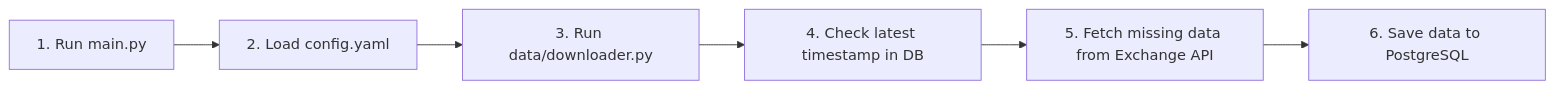
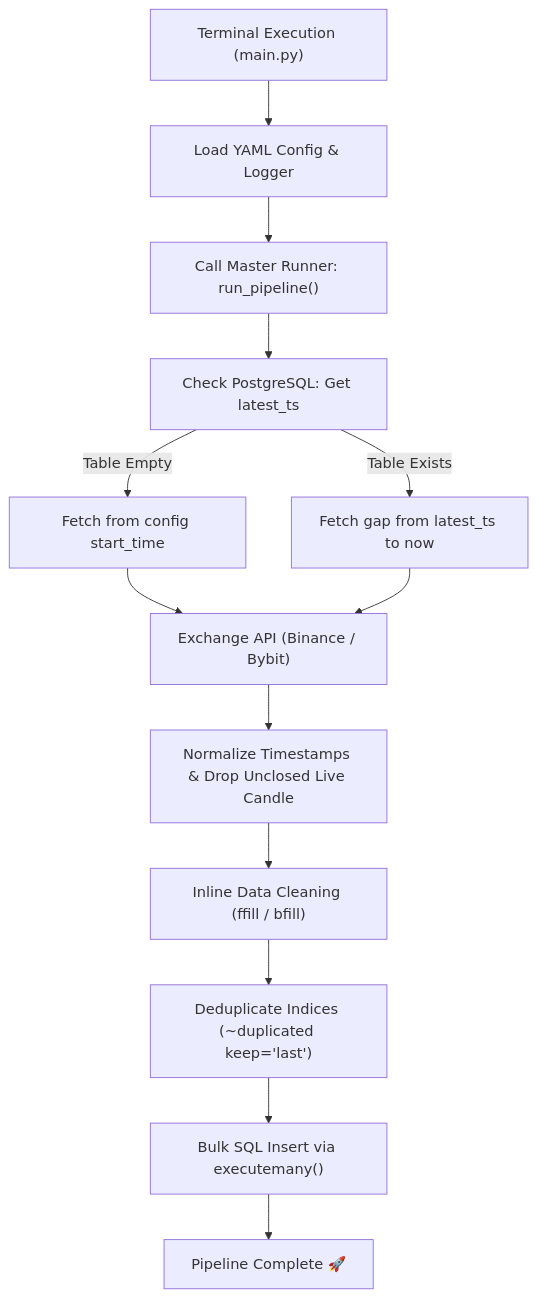
Before and after one commit to 21Afnan/cryptosight: the diagram in README.md, drawn with Mermaid. The commit also changed other lines of this file and 9 other files, not shown here.

````diff
--- a/README.md
+++ b/README.md
@@ -40,8 +53,18 @@
 ```mermaid
-graph LR
-    Main["1. Run main.py"] --> Config["2. Load config.yaml"]
-    Config --> Downloader["3. Run data/downloader.py"]
-    Downloader --> DB_Check["4. Check latest timestamp in DB"]
-    DB_Check --> API_Fetch["5. Fetch missing data from Exchange API"]
-    API_Fetch --> DB_Save["6. Save data to PostgreSQL"]
+graph TD
+    User["Terminal Execution (main.py)"] --> Config["Load YAML Config & Logger"]
+    Config --> Runner["Call Master Runner: run_pipeline()"]
+    Runner --> DB_Check["Check PostgreSQL: Get latest_ts"]
+    
+    DB_Check -->|Table Empty| Fetch_Start["Fetch from config start_time"]
+    DB_Check -->|Table Exists| Fetch_Gap["Fetch gap from latest_ts to now"]
+    
+    Fetch_Start --> API["Exchange API (Binance / Bybit)"]
+    Fetch_Gap --> API
+    
+    API --> Clean["Normalize Timestamps & Drop Unclosed Live Candle"]
+    Clean --> Fill["Inline Data Cleaning (ffill / bfill)"]
+    Fill --> Dedupe["Deduplicate Indices (~duplicated keep='last')"]
+    Dedupe --> Save["Bulk SQL Insert via executemany()"]
+    Save --> Success["Pipeline Complete 🚀"]
 ```
````
